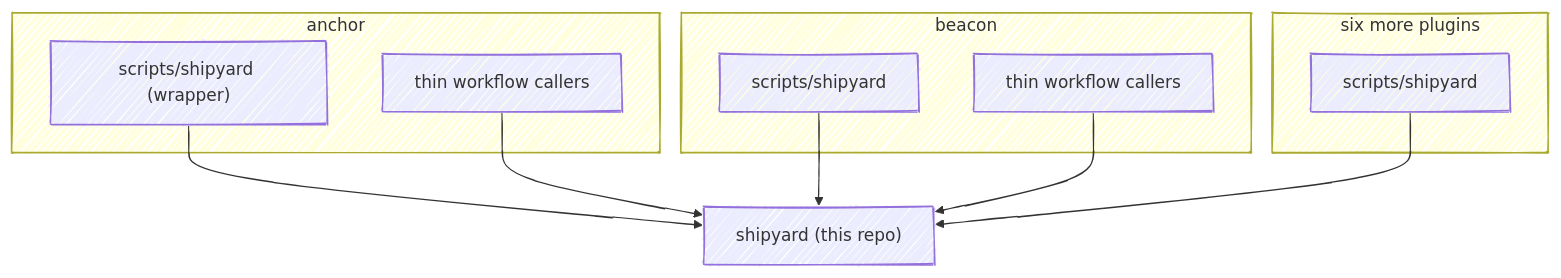
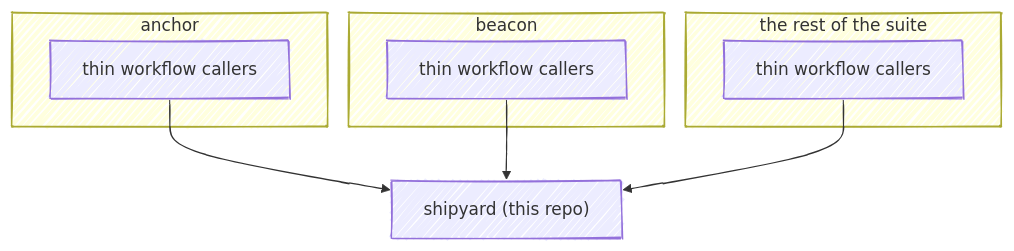
The second of 2 diagrams in docs/example.md (chris-peterson/shipyard), drawn with Mermaid before and after one commit. The commit also changed other lines of this file and 17 other files, not shown here.

````diff
--- a/docs/example.md
+++ b/docs/example.md
@@ -33,21 +33,17 @@
 ```mermaid
 %%{ init: { 'look': 'handDrawn' } }%%
 flowchart TB
   SY["shipyard (this repo)"]
   subgraph anchor
-    w["scripts/shipyard (wrapper)"]
     cw["thin workflow callers"]
   end
   subgraph beacon
-    w2["scripts/shipyard"]
     cw2["thin workflow callers"]
   end
-  subgraph "six more plugins"
-    w3["scripts/shipyard"]
+  subgraph "the rest of the suite"
+    cw3["thin workflow callers"]
   end
-  w --> SY
   cw --> SY
-  w2 --> SY
   cw2 --> SY
-  w3 --> SY
+  cw3 --> SY
 ```
````
